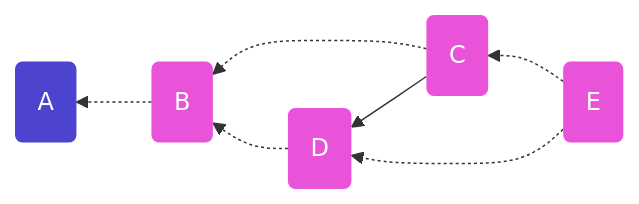
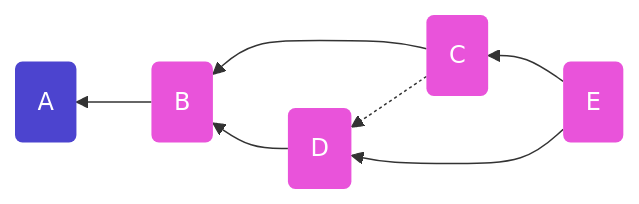
One commit to ssbc/sips changed the seventh of 7 diagrams in 009.md. Above: the diagram before and after it, drawn with Mermaid. The commit also changed other lines of this file, not shown here.

````diff
--- a/009.md
+++ b/009.md
@@ -375,12 +375,12 @@
 ```mermaid
 flowchart RL
 A(A):::root;B(B);E(E);C(C);D(D);
 
-E-.->C-.->B-.->A
-E-.->D-.->B
-C-->D
+E-->C-->B-->A
+E-->D-->B
+C-.->D
 
 %% styling
 classDef default fill: #e953da, stroke-width: 0, color: white
 classDef root fill: #4c44cf, stroke-width: 0, color: white
 ```
````
